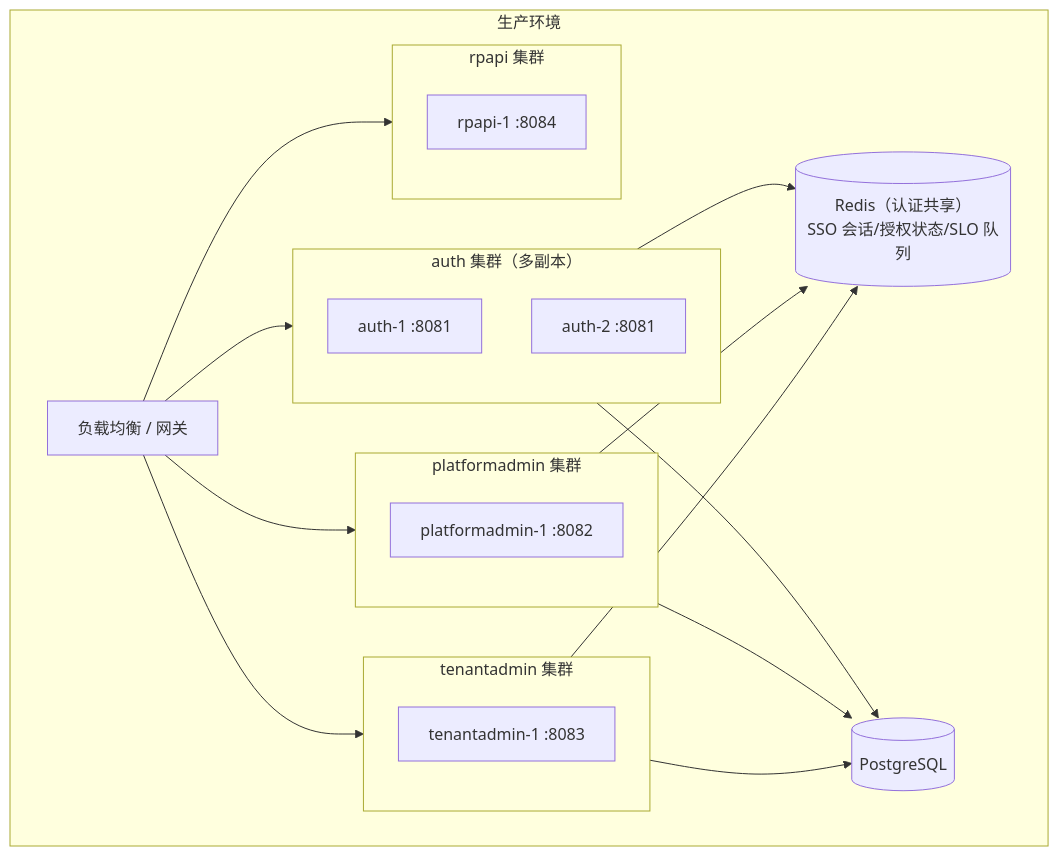
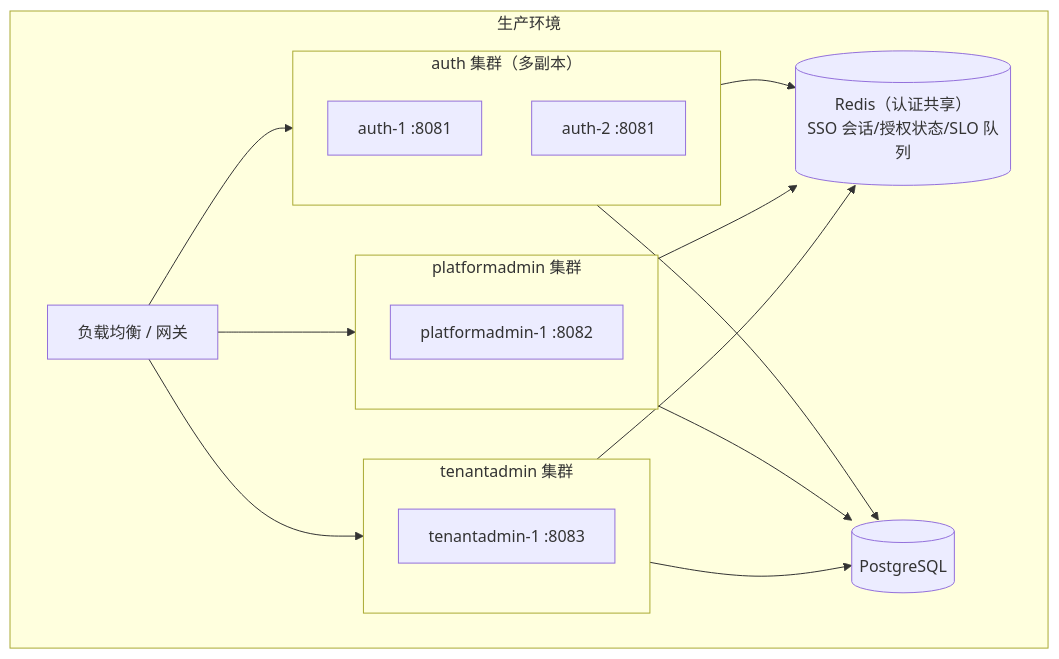
One commit to morehao/ark-iam changed the second of 2 diagrams in docs/design/run-and-deploy.md. Above: the diagram before and after it, drawn with Mermaid. The commit also changed other lines of this file and 13 other files, not shown here.

````diff
--- a/docs/design/run-and-deploy.md
+++ b/docs/design/run-and-deploy.md
@@ -587,31 +585,27 @@
 ```mermaid
 flowchart TB
     subgraph PROD["生产环境"]
         LB["负载均衡 / 网关"]
         subgraph AUTH_CLUS["auth 集群（多副本）"]
             A1["auth-1 :8081"]
             A2["auth-2 :8081"]
         end
         subgraph PLAT_CLUS["platformadmin 集群"]
             P1["platformadmin-1 :8082"]
         end
         subgraph TEN_CLUS["tenantadmin 集群"]
             T1["tenantadmin-1 :8083"]
         end
-        subgraph RP_CLUS["rpapi 集群"]
-            R1["rpapi-1 :8084"]
-        end
         REDIS_SHARED[("Redis（认证共享）<br/>SSO 会话/授权状态/SLO 队列")]
         PG[("PostgreSQL")]
     end
     LB --> AUTH_CLUS
     LB --> PLAT_CLUS
     LB --> TEN_CLUS
-    LB --> RP_CLUS
     AUTH_CLUS --> REDIS_SHARED
     PLAT_CLUS --> REDIS_SHARED
     TEN_CLUS --> REDIS_SHARED
     AUTH_CLUS --> PG
     PLAT_CLUS --> PG
     TEN_CLUS --> PG
 ```
````
